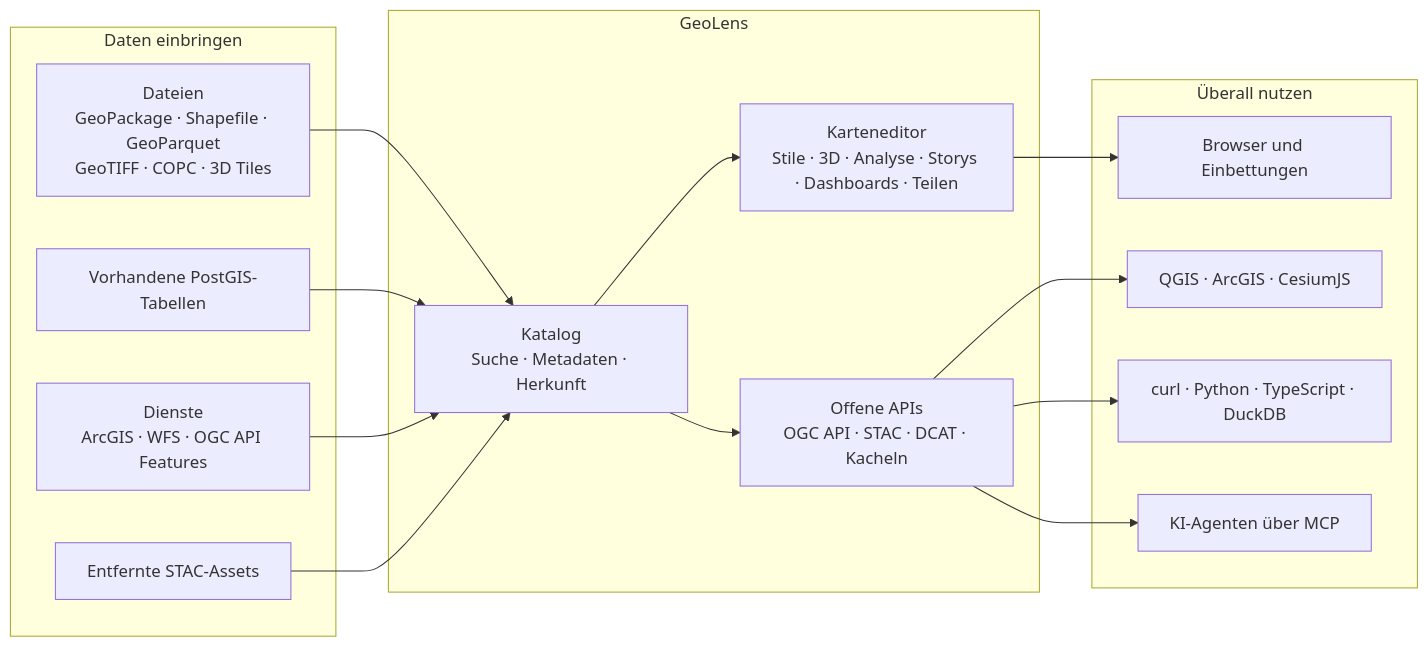
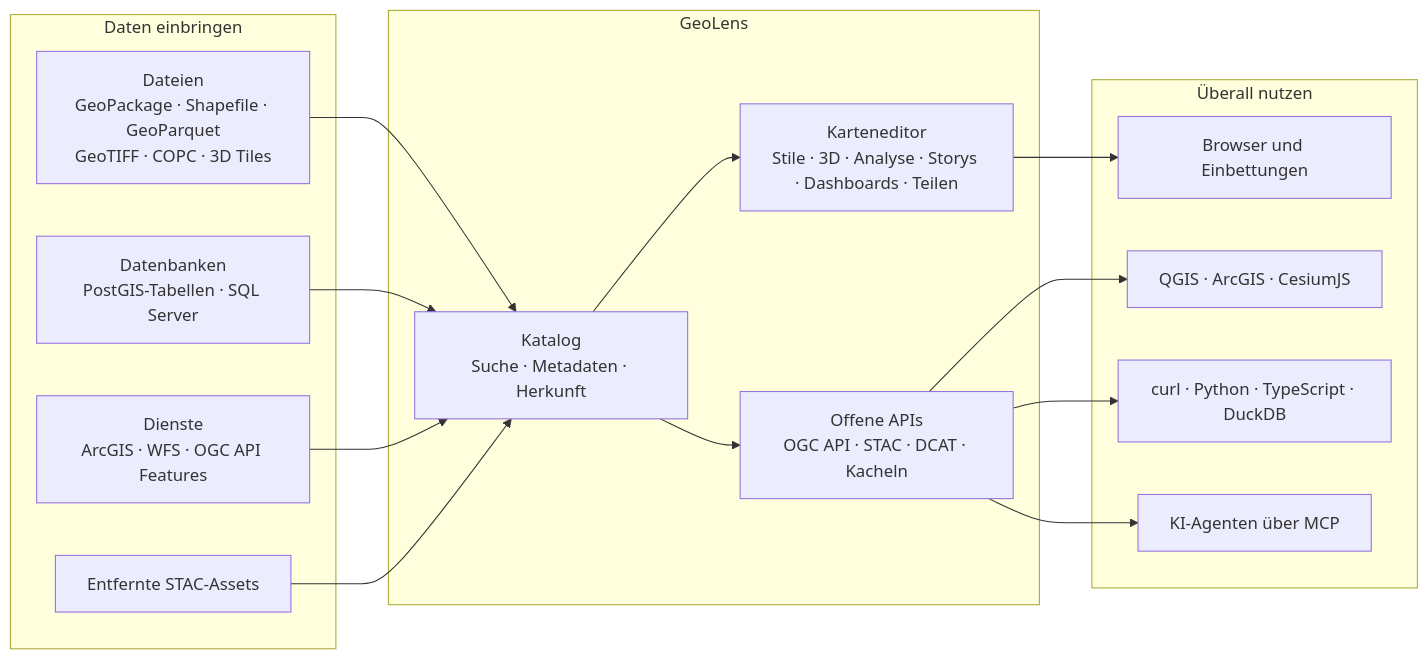
Before and after one commit to geolens-io/geolens: the diagram in README.de.md, drawn with Mermaid. The commit also changed other lines of this file and 3 other files, not shown here.

````diff
--- a/README.de.md
+++ b/README.de.md
@@ -142,23 +108,23 @@
 ```mermaid
 flowchart LR
     subgraph IN ["Daten einbringen"]
       F["Dateien<br/>GeoPackage · Shapefile · GeoParquet<br/>GeoTIFF · COPC · 3D Tiles"]
-      DB["Vorhandene PostGIS-Tabellen"]
+      DB["Datenbanken<br/>PostGIS-Tabellen · SQL Server"]
       SVC["Dienste<br/>ArcGIS · WFS · OGC API Features"]
       ST["Entfernte STAC-Assets"]
     end
     subgraph GL ["GeoLens"]
       CAT["Katalog<br/>Suche · Metadaten · Herkunft"]
       MB["Karteneditor<br/>Stile · 3D · Analyse · Storys · Dashboards · Teilen"]
       STD["Offene APIs<br/>OGC API · STAC · DCAT · Kacheln"]
     end
     subgraph OUT ["Überall nutzen"]
       WEB["Browser und Einbettungen"]
       GIS["QGIS · ArcGIS · CesiumJS"]
       CODE["curl · Python · TypeScript · DuckDB"]
       AG["KI-Agenten über MCP"]
     end
     F & DB & SVC & ST --> CAT
     CAT --> MB --> WEB
     CAT --> STD --> GIS & CODE & AG
 ```
````
